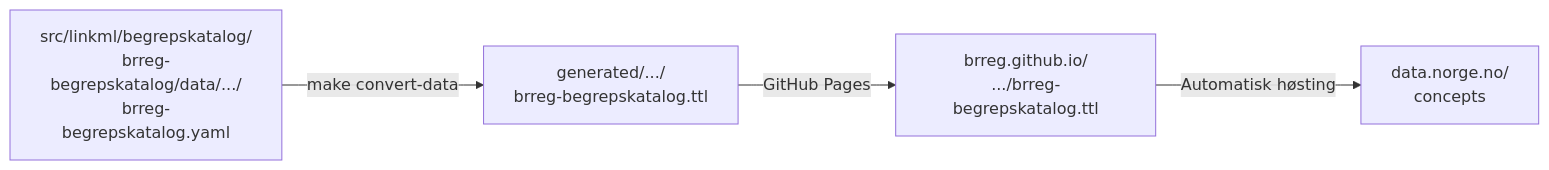
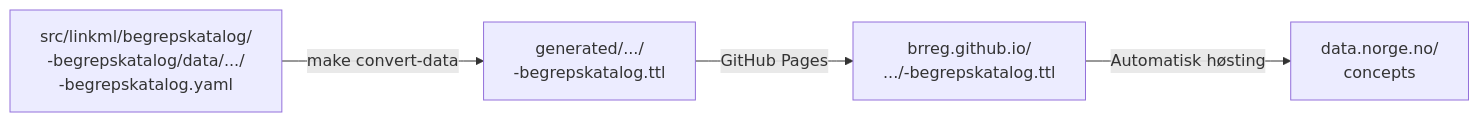
The diagram in mkdocs/docs/publisering/publisering-begrep.md (brreg/linkml-datamodellering-no), drawn with Mermaid before and after one commit. The commit also changed other lines of this file and 6 other files, not shown here.

````diff
--- a/mkdocs/docs/publisering/publisering-begrep.md
+++ b/mkdocs/docs/publisering/publisering-begrep.md
@@ -13,6 +13,6 @@
 ```mermaid
 flowchart LR
-    A["src/linkml/begrepskatalog/\nbrreg-begrepskatalog/data/.../\nbrreg-begrepskatalog.yaml"] -->|make convert-data| B["generated/.../\nbrreg-begrepskatalog.ttl"]
-    B -->|GitHub Pages| C["brreg.github.io/\n.../brreg-begrepskatalog.ttl"]
+    A["src/linkml/begrepskatalog/\n<organisasjon>-begrepskatalog/data/.../\n<organisasjon>-begrepskatalog.yaml"] -->|make convert-data| B["generated/.../\n<organisasjon>-begrepskatalog.ttl"]
+    B -->|GitHub Pages| C["brreg.github.io/\n.../<organisasjon>-begrepskatalog.ttl"]
     C -->|Automatisk høsting| D["data.norge.no/\nconcepts"]
 ```
````
